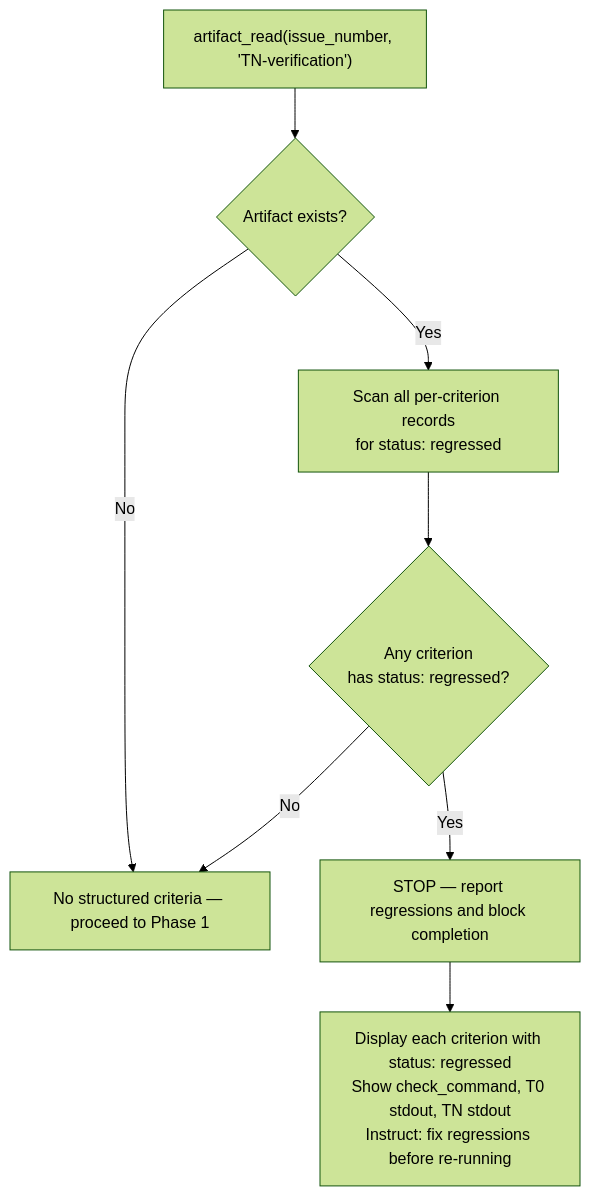
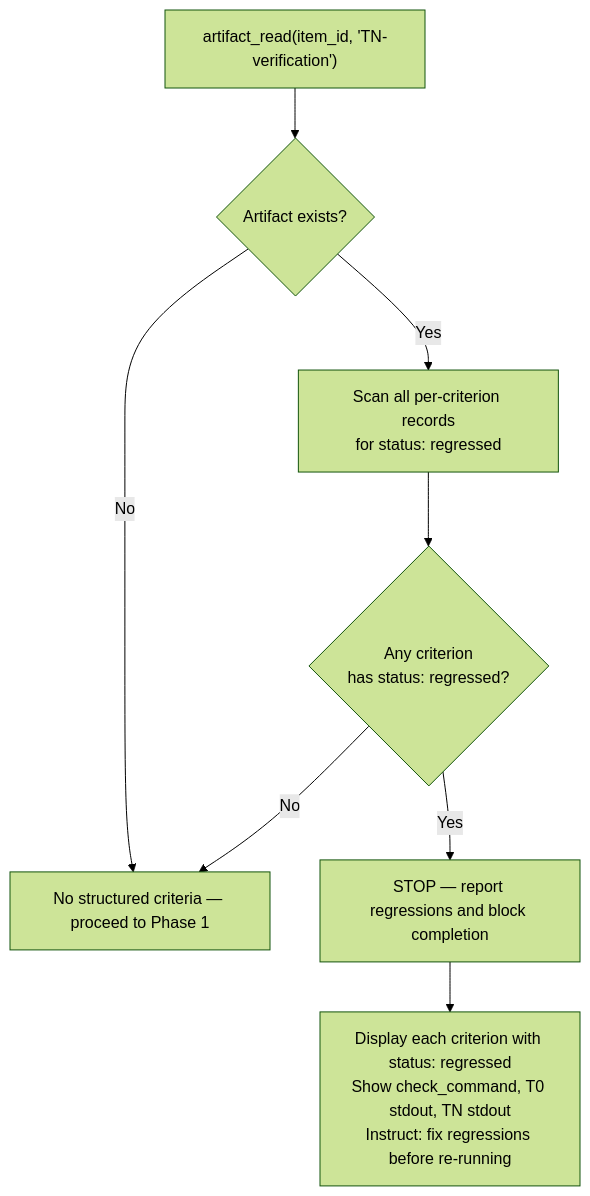
Before and after one commit to chgreer1070/claude_skills: the fifth of 10 diagrams in plugins/development-harness/skills/complete-implementation/SKILL.md, drawn with Mermaid (forest theme). The commit also changed other lines of this file and 46 other files, not shown here.

Commit message:
refactor(add-new-feature): Phase 3 architect agent writes spec to disk and self-registers artifact (#2429)

````diff
--- a/plugins/development-harness/skills/complete-implementation/SKILL.md
+++ b/plugins/development-harness/skills/complete-implementation/SKILL.md
@@ -281,10 +281,10 @@
 ```mermaid
 flowchart TD
-    Read["artifact_read(issue_number, 'TN-verification')"] --> Exists{Artifact exists?}
+    Read["artifact_read(item_id, 'TN-verification')"] --> Exists{Artifact exists?}
     Exists -->|No| Proceed["No structured criteria — proceed to Phase 1"]
     Exists -->|Yes| Scan["Scan all per-criterion records<br>for status: regressed"]
     Scan --> AnyRegressed{Any criterion<br>has status: regressed?}
     AnyRegressed -->|No| Proceed
     AnyRegressed -->|Yes| Stop["STOP — report regressions and block completion"]
     Stop --> Report["Display each criterion with status: regressed<br>Show check_command, T0 stdout, TN stdout<br>Instruct: fix regressions before re-running"]
 ```
````
